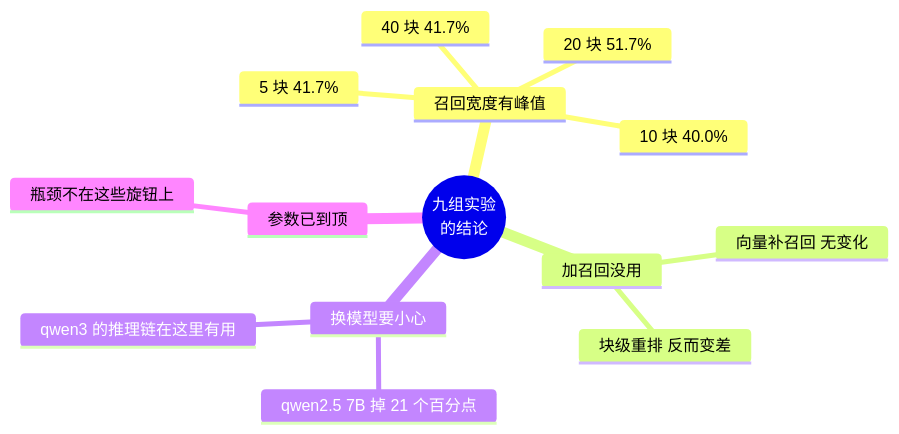
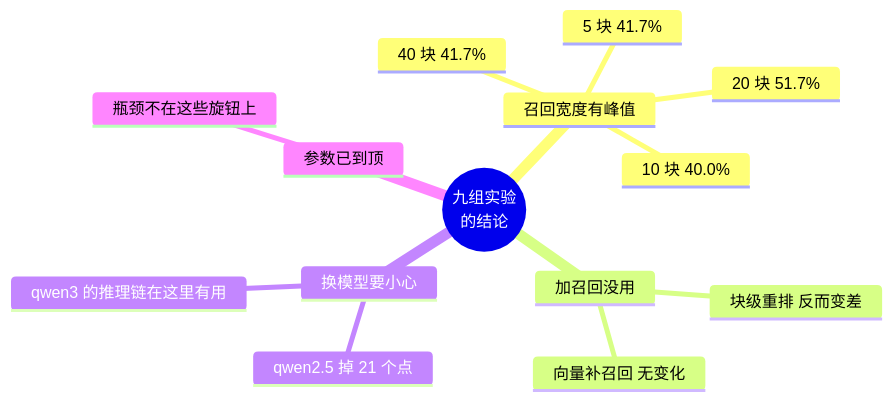
One commit to roza2006/minirag-ollama-local changed the fifth of 5 diagrams in README.md. Above: the diagram before and after it, drawn with Mermaid. The commit also changed other lines of this file, not shown here.

Commit message:
README: 缩短思维导图节点文字，避免在 GitHub 上被裁切

````diff
--- a/README.md
+++ b/README.md
@@ -173,17 +173,17 @@
 ```mermaid
 mindmap
   root((九组实验<br/>的结论))
     召回宽度有峰值
       5 块 41.7%
       10 块 40.0%
       20 块 51.7%
       40 块 41.7%
     加召回没用
       向量补召回 无变化
       块级重排 反而变差
     换模型要小心
-      qwen2.5 7B 掉 21 个百分点
+      qwen2.5 掉 21 个点
       qwen3 的推理链在这里有用
     参数已到顶
       瓶颈不在这些旋钮上
 ```
````
